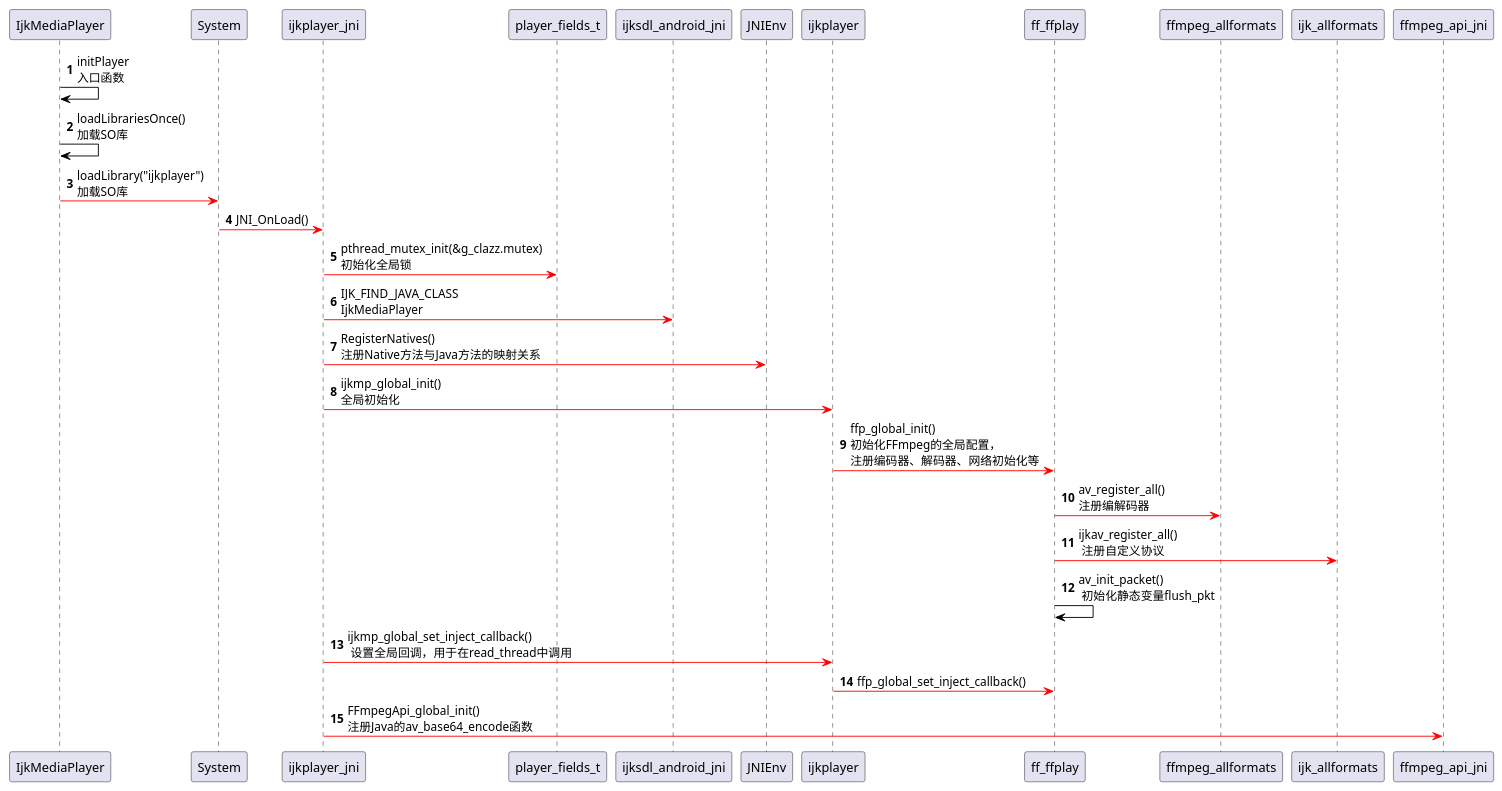
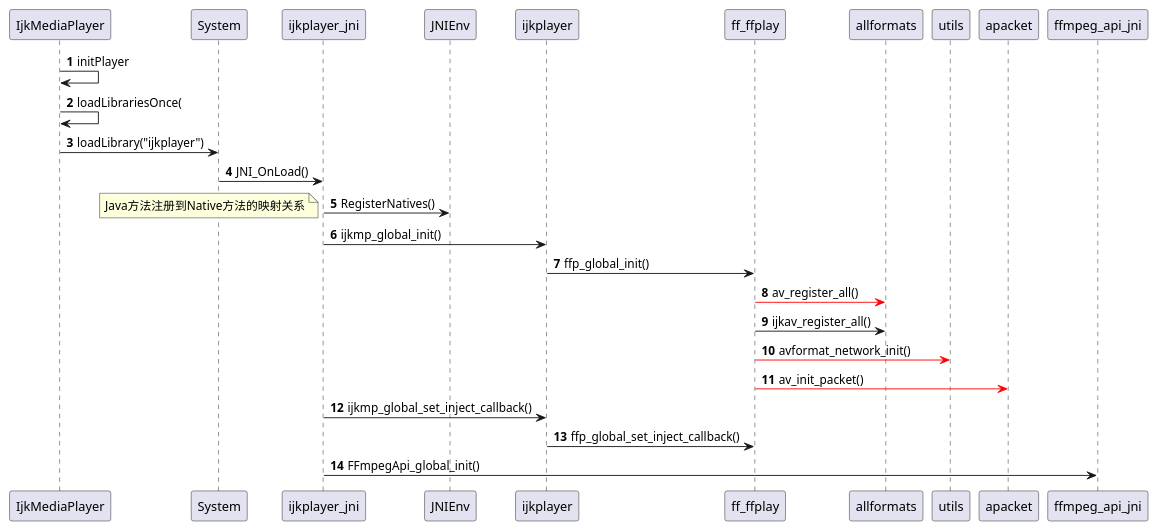
One commit to biezhihua/SMusic changed the diagram in doc/IjkPlayer/Sequence/ijkplayer_jni-onload.puml. Above: the diagram before and after it, drawn with PlantUML. The commit also changed 16 other files, not shown here.

```diff
--- a/doc/IjkPlayer/Sequence/ijkplayer_jni-onload.puml
+++ b/doc/IjkPlayer/Sequence/ijkplayer_jni-onload.puml
@@ -1,35 +1,33 @@
 @startuml
 autonumber
 
-IjkMediaPlayer [#000000]-> IjkMediaPlayer:initPlayer\n入口函数
+IjkMediaPlayer -> IjkMediaPlayer:initPlayer
 
-IjkMediaPlayer [#000000]-> IjkMediaPlayer:loadLibrariesOnce()\n加载SO库
+IjkMediaPlayer -> IjkMediaPlayer:loadLibrariesOnce(
 
-IjkMediaPlayer [#FF0000]-> System:loadLibrary("ijkplayer")\n加载SO库
+IjkMediaPlayer -> System:loadLibrary("ijkplayer")
 
-System [#FF0000]-> ijkplayer_jni:JNI_OnLoad()
+System -> ijkplayer_jni:JNI_OnLoad()
 
-ijkplayer_jni [#FF0000]-> player_fields_t:pthread_mutex_init(&g_clazz.mutex)\n初始化全局锁
+ijkplayer_jni -> JNIEnv:RegisterNatives()
+note left : Java方法注册到Native方法的映射关系
 
-ijkplayer_jni [#FF0000]-> ijksdl_android_jni:IJK_FIND_JAVA_CLASS\nIjkMediaPlayer
+ijkplayer_jni -> ijkplayer:ijkmp_global_init()
 
-ijkplayer_jni [#FF0000]-> JNIEnv:RegisterNatives()\n注册Native方法与Java方法的映射关系
+ijkplayer -> ff_ffplay:ffp_global_init()
 
-ijkplayer_jni [#FF0000]-> ijkplayer:ijkmp_global_init()\n全局初始化
+ff_ffplay [#red]-> allformats:av_register_all()
 
-ijkplayer [#FF0000]-> ff_ffplay:ffp_global_init()\n初始化FFmpeg的全局配置，\n注册编码器、解码器、网络初始化等
+ff_ffplay -> allformats:ijkav_register_all()
 
-ff_ffplay [#FF0000]-> ffmpeg_allformats:av_register_all()\n注册编解码器
+ff_ffplay [#red]-> utils:avformat_network_init()
 
-ff_ffplay [#FF0000]-> ijk_allformats:ijkav_register_all()\n 注册自定义协议
+ff_ffplay [#red]-> apacket:av_init_packet()
 
-ff_ffplay [#000000]-> ff_ffplay:av_init_packet()\n 初始化静态变量flush_pkt
+ijkplayer_jni -> ijkplayer:ijkmp_global_set_inject_callback()
 
-ijkplayer_jni [#FF0000]-> ijkplayer:ijkmp_global_set_inject_callback() \n 设置全局回调，用于在read_thread中调用
+ijkplayer -> ff_ffplay:ffp_global_set_inject_callback()
 
-ijkplayer [#FF0000]-> ff_ffplay:ffp_global_set_inject_callback()
-
-
-ijkplayer_jni [#FF0000]-> ffmpeg_api_jni:FFmpegApi_global_init()\n注册Java的av_base64_encode函数
+ijkplayer_jni -> ffmpeg_api_jni:FFmpegApi_global_init()
 
 @enduml
```
